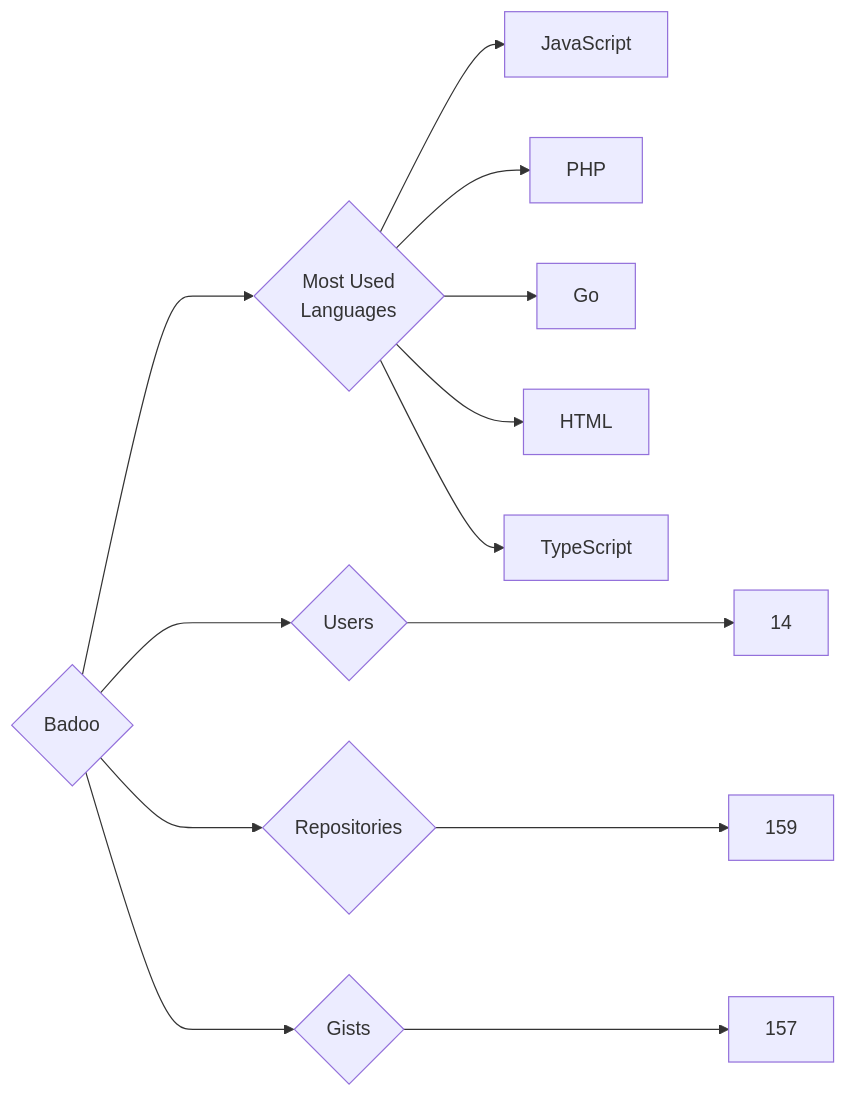
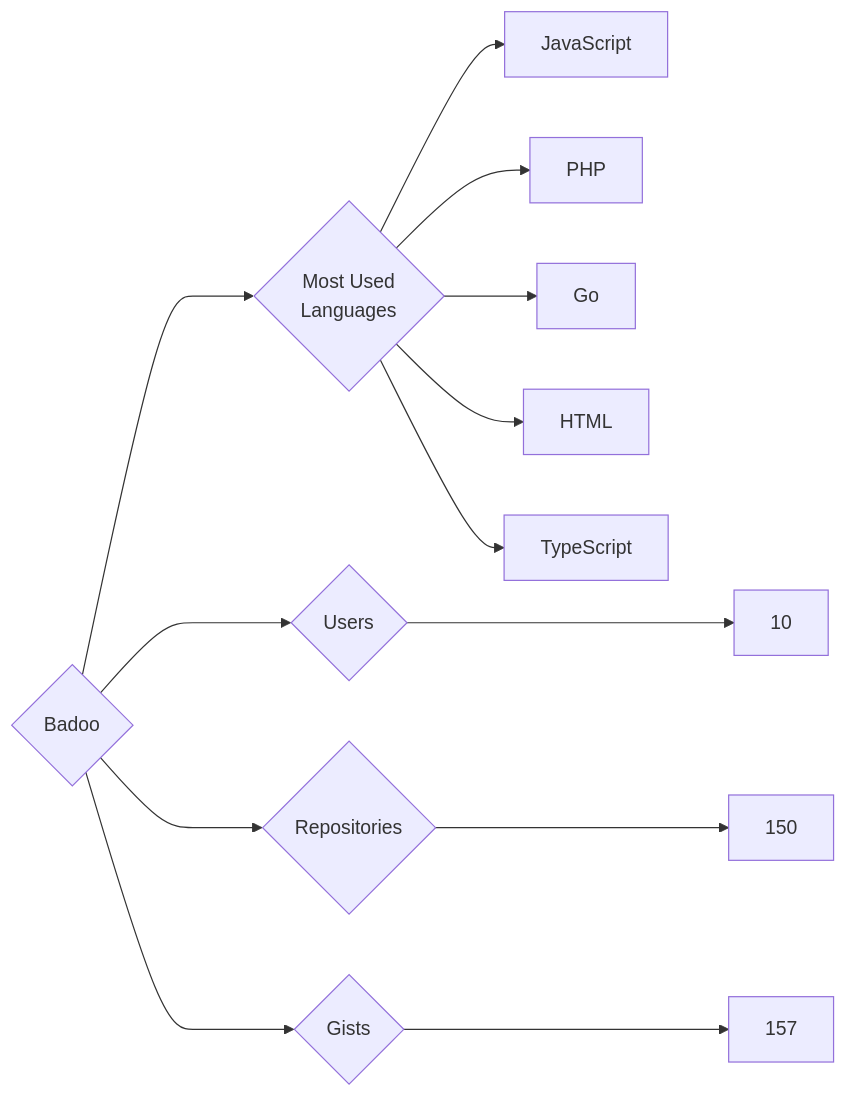
Before and after one commit to trickest/insiders: the diagram in targets/Badoo/README.md, drawn with Mermaid. The commit also changed 860 other files, not shown here.

````diff
--- a/targets/Badoo/README.md
+++ b/targets/Badoo/README.md
@@ -3,13 +3,13 @@
 ```mermaid
 graph LR
 COMPANY_NAME{Badoo}
-COMPANY_NAME ---> U{Users} ---> UN[14]
-COMPANY_NAME ---> R{Repositories} ---> RN[159]
+COMPANY_NAME ---> U{Users} ---> UN[10]
+COMPANY_NAME ---> R{Repositories} ---> RN[150]
 COMPANY_NAME ---> G{Gists} ---> GN[157]
 COMPANY_NAME ---> ML{Most Used<br>Languages}
 ML --> JavaScript[JavaScript]
 ML --> PHP[PHP]
 ML --> Go[Go]
 ML --> HTML[HTML]
 ML --> TypeScript[TypeScript]
 ```
````
